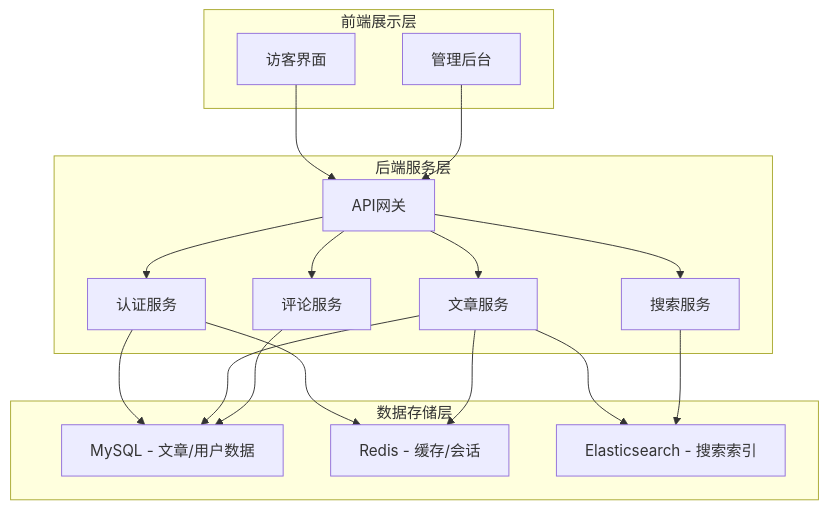
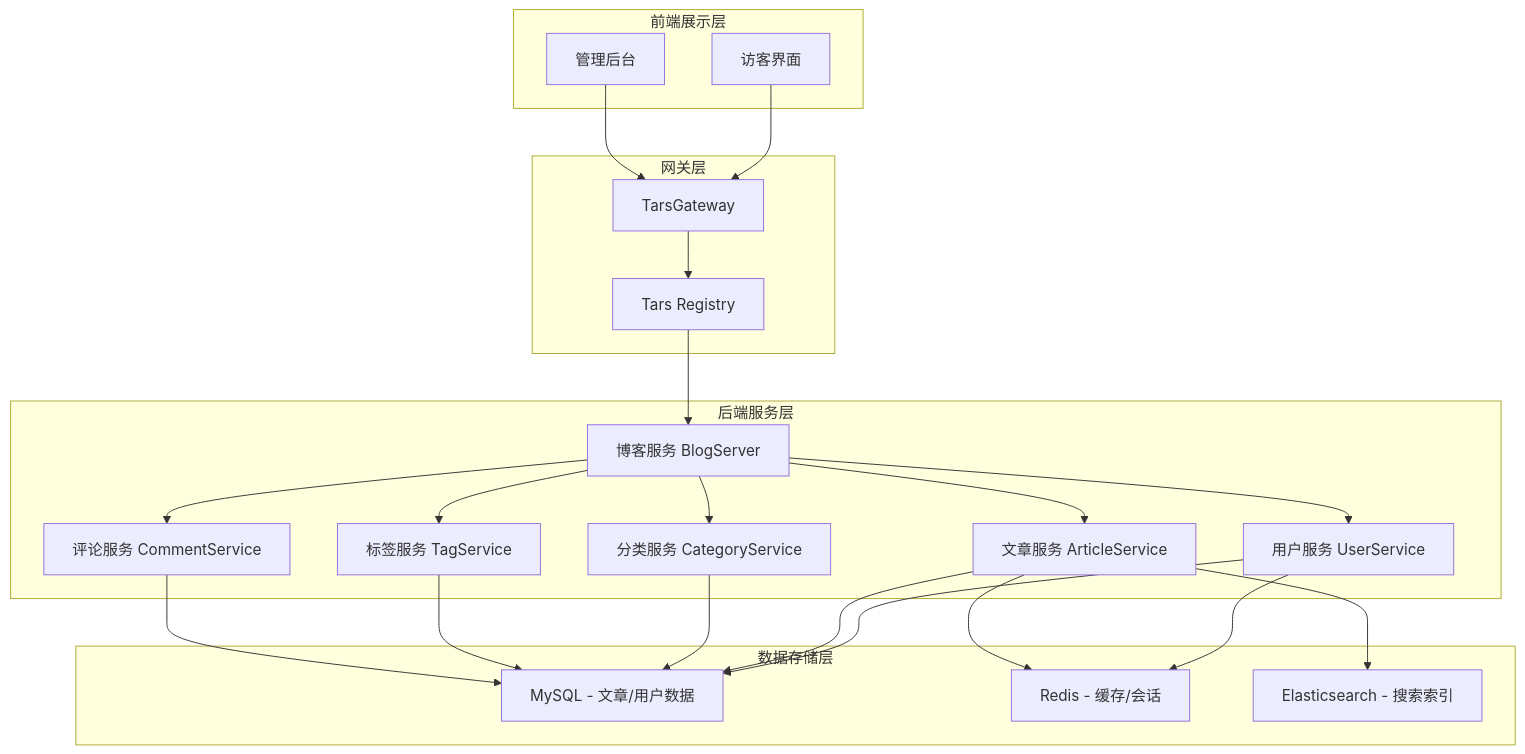
The first of 15 diagrams in docs/sajuna_blog开发文档.md (scuhiiragishinoa/sajuna-blog), drawn with Mermaid before and after one commit. The commit also changed other lines of this file and 35 other files, not shown here.

Commit message:
Remove deprecated Docker Compose files and batch scripts; introduce Tars microservices architecture with new service definitions and configurations for improved scalability and management.

````diff
--- a/docs/sajuna_blog开发文档.md
+++ b/docs/sajuna_blog开发文档.md
@@ -149,35 +147,45 @@
 ```mermaid
 graph TB
     subgraph Frontend [前端展示层]
         A1[访客界面]
         A2[管理后台]
     end
     
+    subgraph Gateway [网关层]
+        G1[TarsGateway]
+        G2[Tars Registry]
+    end
+    
     subgraph Backend [后端服务层]
-        B1[API网关]
-        B2[认证服务]
-        B3[文章服务]
-        B4[评论服务]
-        B5[搜索服务]
+        B1[博客服务 BlogServer]
+        B2[用户服务 UserService]
+        B3[文章服务 ArticleService]
+        B4[分类服务 CategoryService]
+        B5[标签服务 TagService]
+        B6[评论服务 CommentService]
     end
     
     subgraph Data [数据存储层]
         C1[MySQL - 文章/用户数据]
         C2[Redis - 缓存/会话]
         C3[Elasticsearch - 搜索索引]
     end
     
-    A1 --> B1
-    A2 --> B1
+    A1 --> G1
+    A2 --> G1
+    G1 --> G2
+    G2 --> B1
     B1 --> B2
     B1 --> B3
     B1 --> B4
     B1 --> B5
+    B1 --> B6
     B2 --> C1
     B2 --> C2
     B3 --> C1
     B3 --> C2
     B3 --> C3
     B4 --> C1
-    B5 --> C3
+    B5 --> C1
+    B6 --> C1
 ```
````
